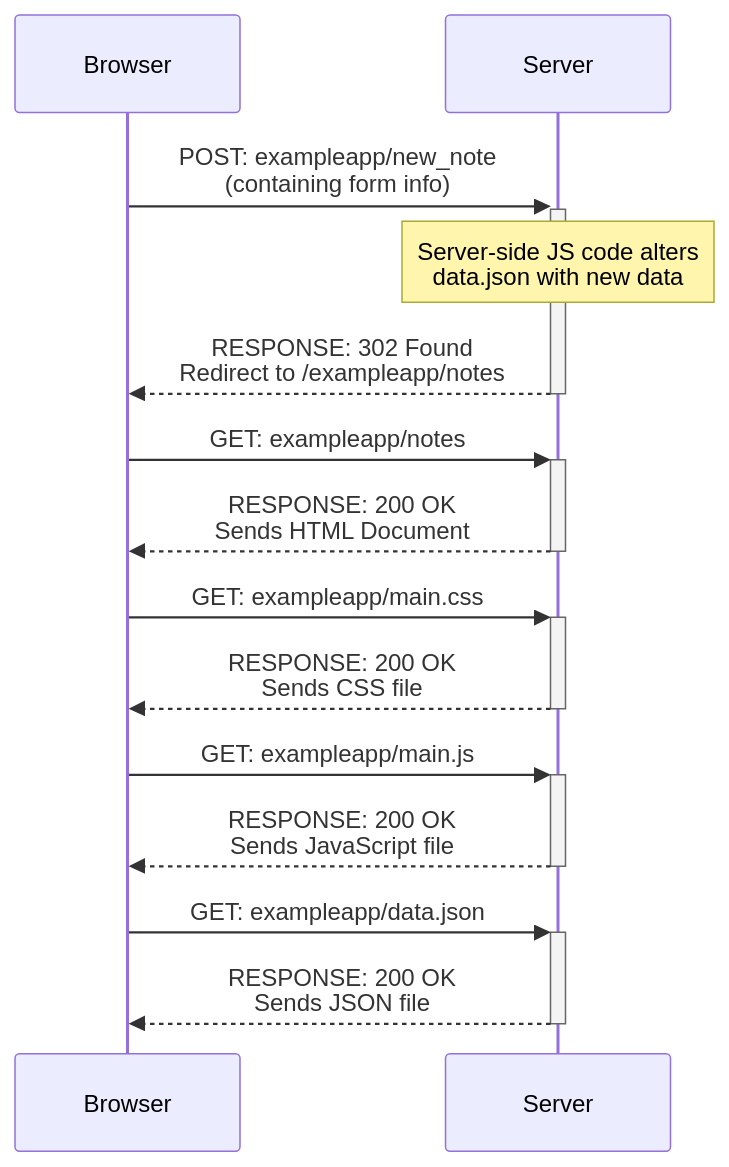
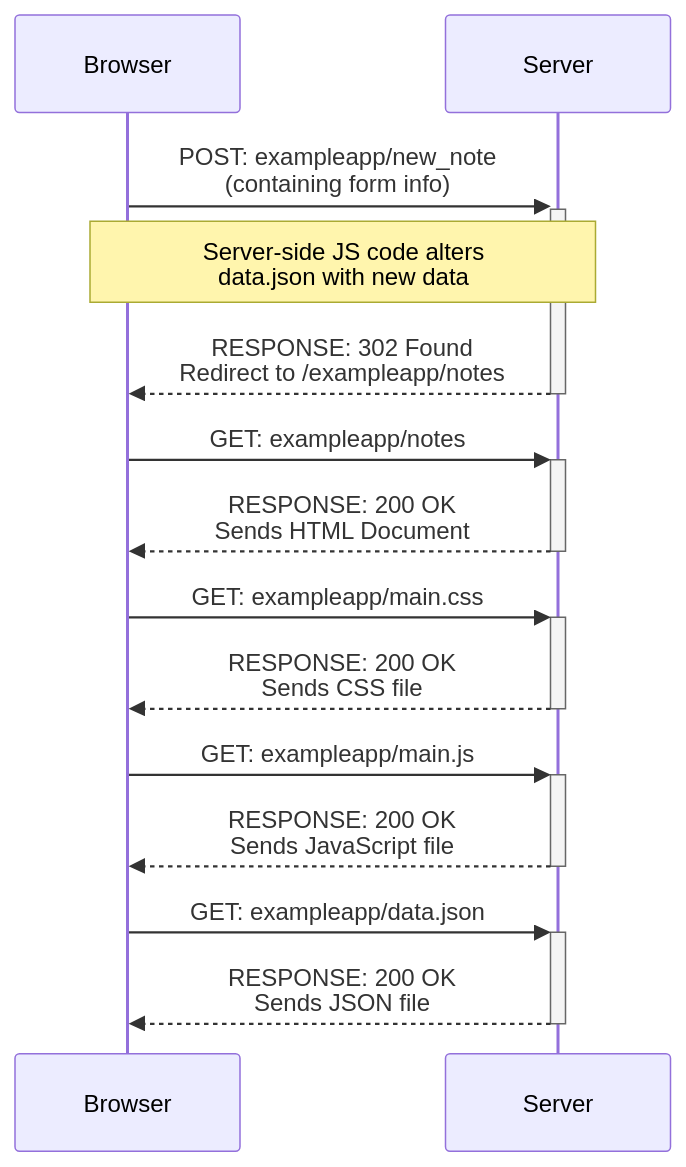
The diagram in part0/exercise05.mermaid (akiya-7/fullstackopen), drawn with Mermaid before and after one commit.

Commit message:
Style: edited note to look cleaner

```diff
--- a/part0/exercise05.mermaid
+++ b/part0/exercise05.mermaid
@@ -1,24 +1,24 @@
 ---
 config:
 
 ---
 sequenceDiagram
     participant B as Browser
     participant S as Server
 
     B->>+S: POST: exampleapp/new_note<br/> (containing form info)
 
-    note over S: Server-side JS code alters <br/> data.json with new data
+    note over B, S: Server-side JS code alters <br/> data.json with new data
     S-->>-B: RESPONSE: 302 Found<br/> Redirect to /exampleapp/notes
 
     B->>+S: GET: exampleapp/notes
     S-->>-B: RESPONSE: 200 OK <br/> Sends HTML Document
 
     B->>+S: GET: exampleapp/main.css
     S-->>-B: RESPONSE: 200 OK <br/> Sends CSS file
 
     B->>+S: GET: exampleapp/main.js
     S-->>-B: RESPONSE: 200 OK <br/> Sends JavaScript file
 
     B->>+S: GET: exampleapp/data.json
     S-->>-B: RESPONSE: 200 OK <br/> Sends JSON file
```
